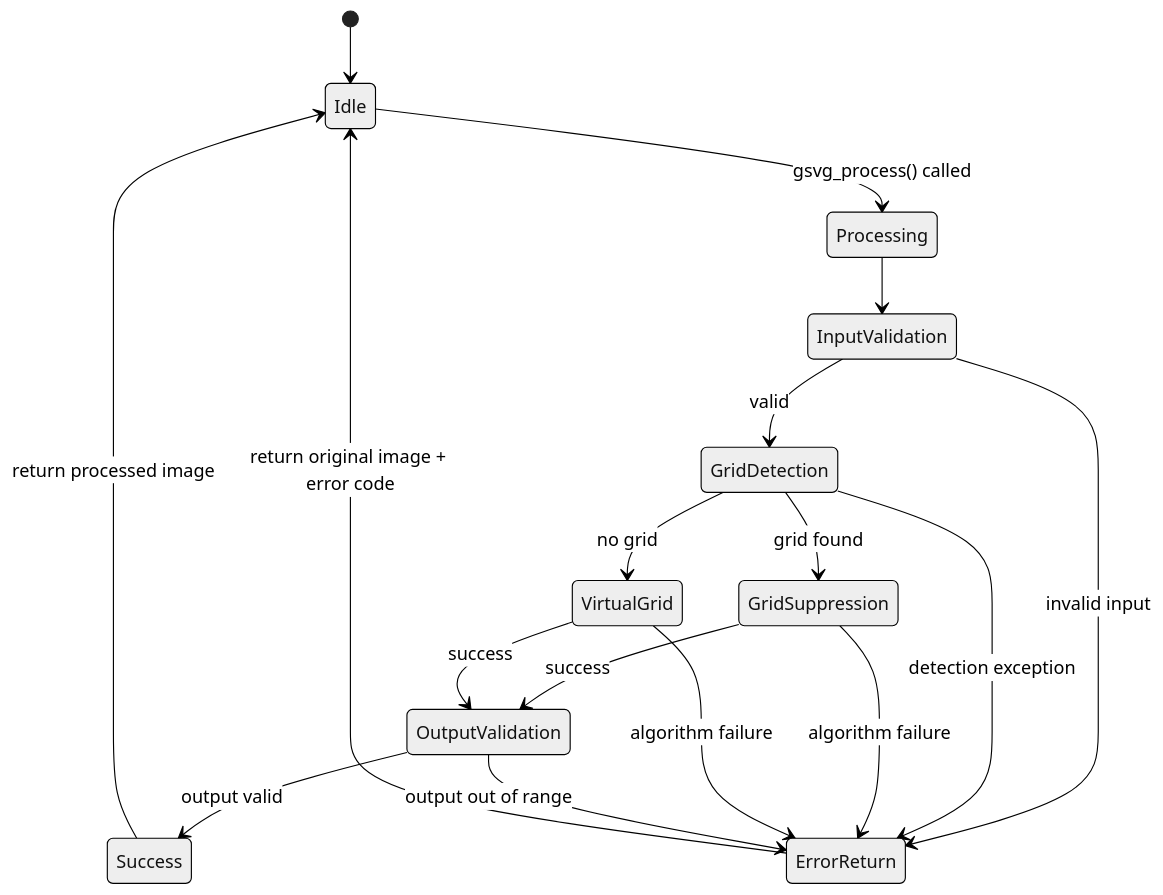
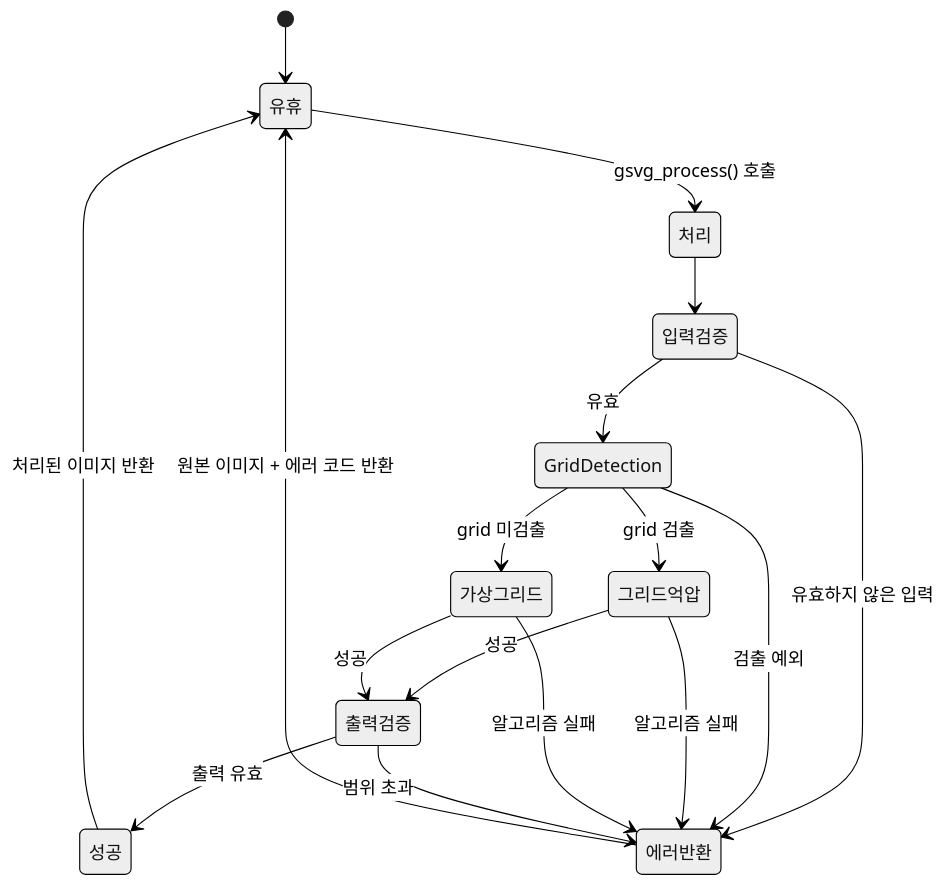
The sixth of 6 diagrams in docs/post-processing/gsvg/GSVG-SAD-001_Architecture.md (holee9/image-processing), drawn with Mermaid (neutral theme) before and after one commit. The commit also changed other lines of this file and 51 other files, not shown here.

````diff
--- a/docs/post-processing/gsvg/GSVG-SAD-001_Architecture.md
+++ b/docs/post-processing/gsvg/GSVG-SAD-001_Architecture.md
@@ -228,25 +228,25 @@
 ```mermaid
 stateDiagram-v2
-    [*] --> Idle
-    Idle --> Processing: gsvg_process() called
+    [*] --> 유휴
+    유휴 --> 처리: gsvg_process() 호출
     
-    Processing --> InputValidation
-    InputValidation --> GridDetection: valid
-    InputValidation --> ErrorReturn: invalid input
+    처리 --> 입력검증
+    입력검증 --> GridDetection: 유효
+    입력검증 --> 에러반환: 유효하지 않은 입력
     
-    GridDetection --> GridSuppression: grid found
-    GridDetection --> VirtualGrid: no grid
-    GridDetection --> ErrorReturn: detection exception
+    GridDetection --> 그리드억압: grid 검출
+    GridDetection --> 가상그리드: grid 미검출
+    GridDetection --> 에러반환: 검출 예외
     
-    GridSuppression --> OutputValidation: success
-    GridSuppression --> ErrorReturn: algorithm failure
+    그리드억압 --> 출력검증: 성공
+    그리드억압 --> 에러반환: 알고리즘 실패
     
-    VirtualGrid --> OutputValidation: success
-    VirtualGrid --> ErrorReturn: algorithm failure
+    가상그리드 --> 출력검증: 성공
+    가상그리드 --> 에러반환: 알고리즘 실패
     
-    OutputValidation --> Success: output valid
-    OutputValidation --> ErrorReturn: output out of range
+    출력검증 --> 성공: 출력 유효
+    출력검증 --> 에러반환: 범위 초과
     
-    ErrorReturn --> Idle: return original image + error code
-    Success --> Idle: return processed image
+    에러반환 --> 유휴: 원본 이미지 + 에러 코드 반환
+    성공 --> 유휴: 처리된 이미지 반환
 ```
````
